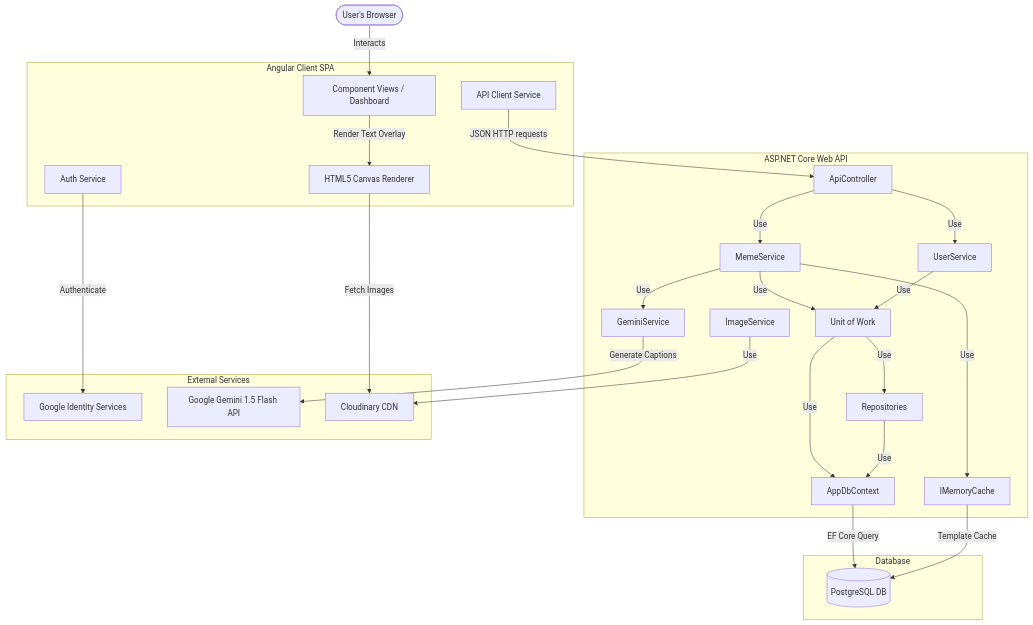
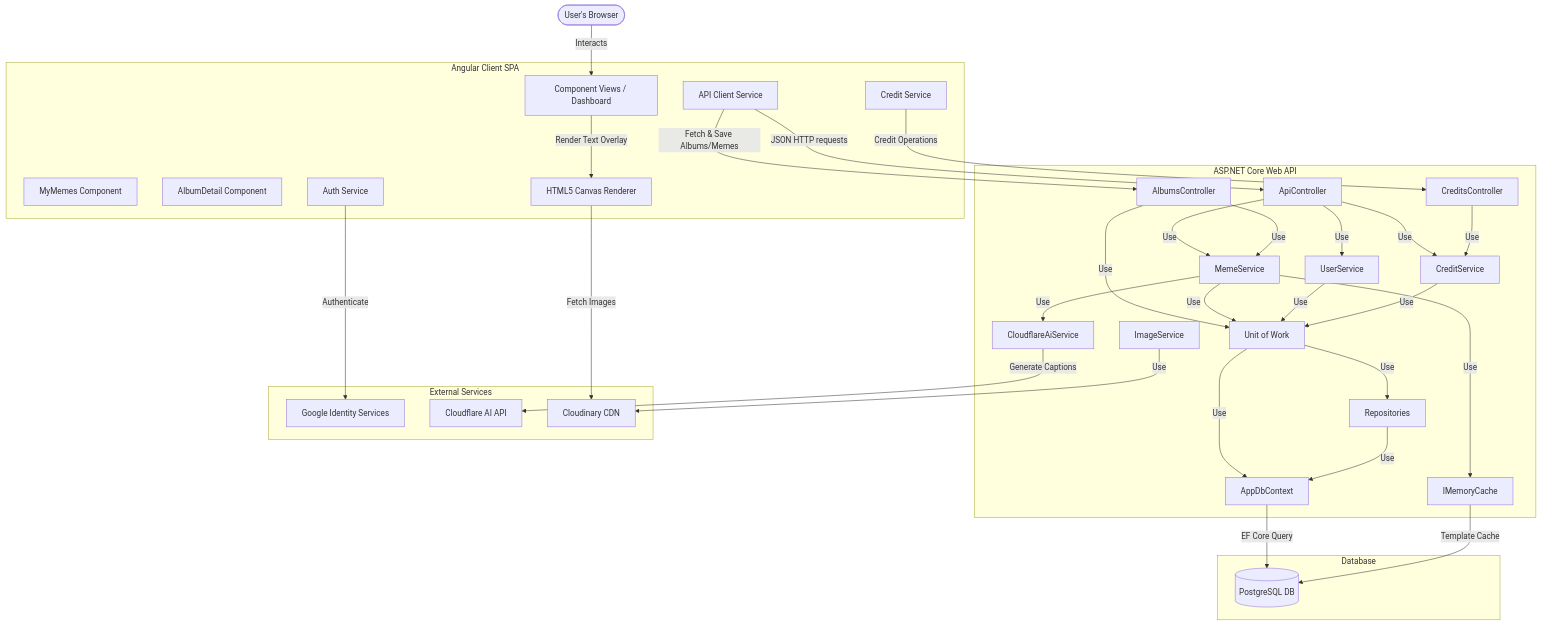
The first of 2 diagrams in ARCHITECTURE.md (sumrender/meme), drawn with Mermaid before and after one commit. The commit also changed other lines of this file and 2 other files, not shown here.

````diff
--- a/ARCHITECTURE.md
+++ b/ARCHITECTURE.md
@@ -11,56 +11,69 @@
 ```mermaid
 graph TD
     User([User's Browser])
     
     subgraph Frontend [Angular Client SPA]
         UI[Component Views / Dashboard]
+        MyMemes[MyMemes Component]
+        AlbumDetail[AlbumDetail Component]
         Canvas[HTML5 Canvas Renderer]
         AuthSvc[Auth Service]
         ApiSvc[API Client Service]
+        CreditSvc[Credit Service]
     end
     
     subgraph Backend [ASP.NET Core Web API]
         Controller[ApiController]
+        AlbumsCtrl[AlbumsController]
+        CreditsCtrl[CreditsController]
         MemeSvc[MemeService]
-        GeminiSvc[GeminiService]
+        AiSvc[CloudflareAiService]
         ImgSvc[ImageService]
         UserSvc[UserService]
+        CreditSvcBE[CreditService]
         DbCtx[AppDbContext]
         Repos[Repositories]
         UoW[Unit of Work]
         MemCache[IMemoryCache]
     end
     
     subgraph Storage [Database]
         Postgres[(PostgreSQL DB)]
     end
 
     subgraph External [External Services]
         GoogleOAuth[Google Identity Services]
-        GeminiAPI[Google Gemini 1.5 Flash API]
+        CloudflareAPI[Cloudflare AI API]
         Cloudinary[Cloudinary CDN]
     end
 
     %% Interactions
     User -->|Interacts| UI
     UI -->|Render Text Overlay| Canvas
     AuthSvc -->|Authenticate| GoogleOAuth
     ApiSvc -->|JSON HTTP requests| Controller
+    ApiSvc -->|Fetch & Save Albums/Memes| AlbumsCtrl
+    CreditSvc -->|Credit Operations| CreditsCtrl
     
     Controller -->|Use| MemeSvc
     Controller -->|Use| UserSvc
+    Controller -->|Use| CreditSvcBE
+    AlbumsCtrl -->|Use| MemeSvc
+    AlbumsCtrl -->|Use| UoW
+    CreditsCtrl -->|Use| CreditSvcBE
     
-    MemeSvc -->|Use| GeminiSvc
+    MemeSvc -->|Use| AiSvc
     MemeSvc -->|Use| UoW
     MemeSvc -->|Use| MemCache
     UserSvc -->|Use| UoW
     ImgSvc -->|Use| Cloudinary
+    CreditSvcBE -->|Use| UoW
     UoW -->|Use| Repos
     UoW -->|Use| DbCtx
     
-    GeminiSvc -->|Generate Captions| GeminiAPI
+    AiSvc -->|Generate Captions| CloudflareAPI
     DbCtx -->|EF Core Query| Postgres
     Repos -->|Use| DbCtx
     MemCache -->|Template Cache| Postgres
     Canvas -->|Fetch Images| Cloudinary
 ```
````
